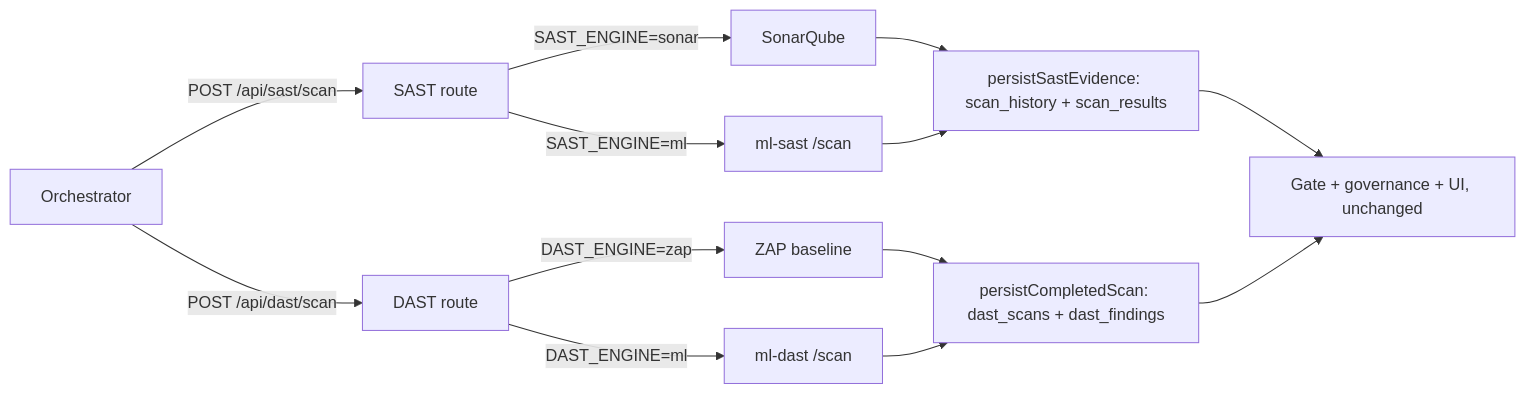
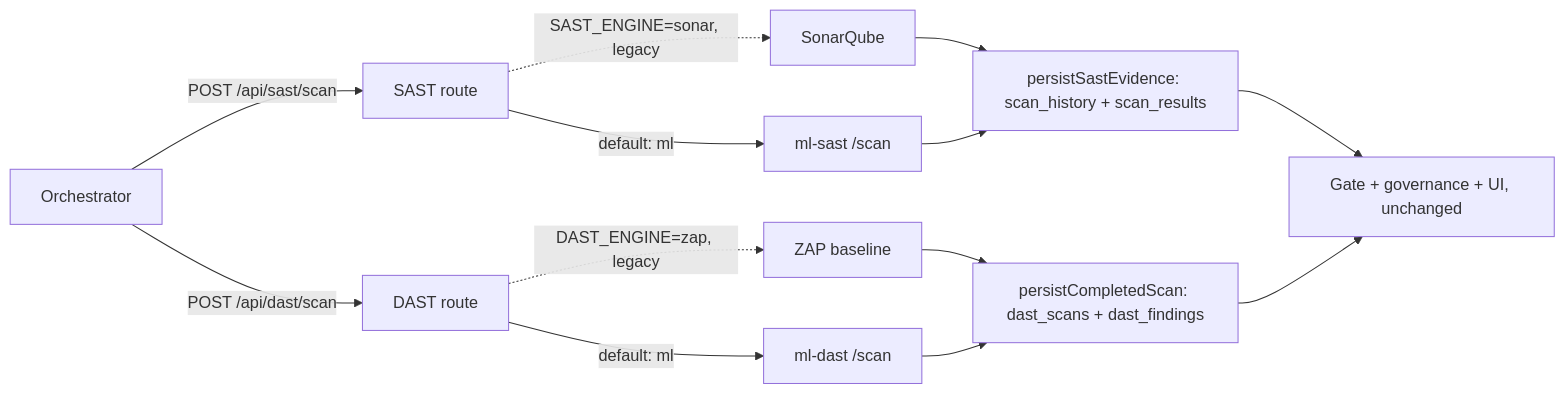
The diagram in docs/ml-architecture.md (hammad0-dev/CloudSentinel-DevSecOps-Platform), drawn with Mermaid before and after one commit. The commit also changed other lines of this file and 3 other files, not shown here.

First line of the commit message:
docs: ML engines are the default; SonarQube and ZAP documented as legacy, benchmark only

````diff
--- a/docs/ml-architecture.md
+++ b/docs/ml-architecture.md
@@ -32,12 +43,12 @@
 ```mermaid
 flowchart LR
   O[Orchestrator] -->|POST /api/sast/scan| S[SAST route]
   O -->|POST /api/dast/scan| D[DAST route]
-  S -->|SAST_ENGINE=sonar| SQ[SonarQube]
-  S -->|SAST_ENGINE=ml| MS[ml-sast /scan]
-  D -->|DAST_ENGINE=zap| Z[ZAP baseline]
-  D -->|DAST_ENGINE=ml| MD[ml-dast /scan]
+  S -->|default: ml| MS[ml-sast /scan]
+  S -.->|SAST_ENGINE=sonar, legacy| SQ[SonarQube]
+  D -->|default: ml| MD[ml-dast /scan]
+  D -.->|DAST_ENGINE=zap, legacy| Z[ZAP baseline]
   SQ & MS --> P1[persistSastEvidence: scan_history + scan_results]
   Z & MD --> P2[persistCompletedScan: dast_scans + dast_findings]
   P1 & P2 --> G[Gate + governance + UI, unchanged]
 ```
````
